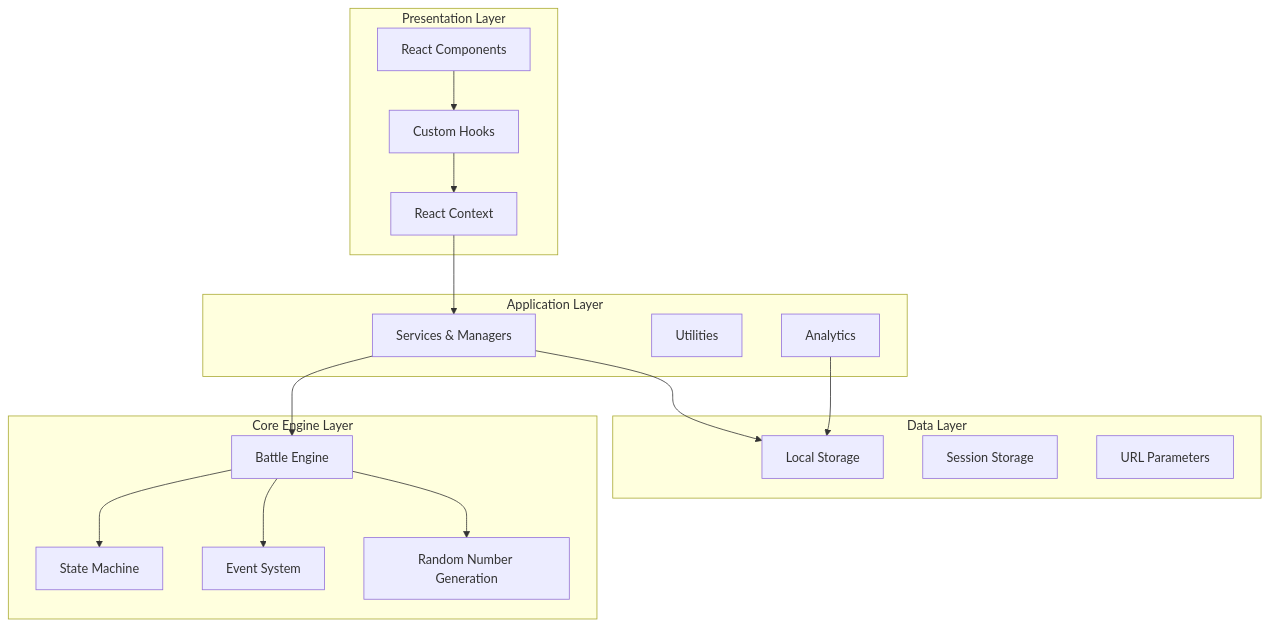
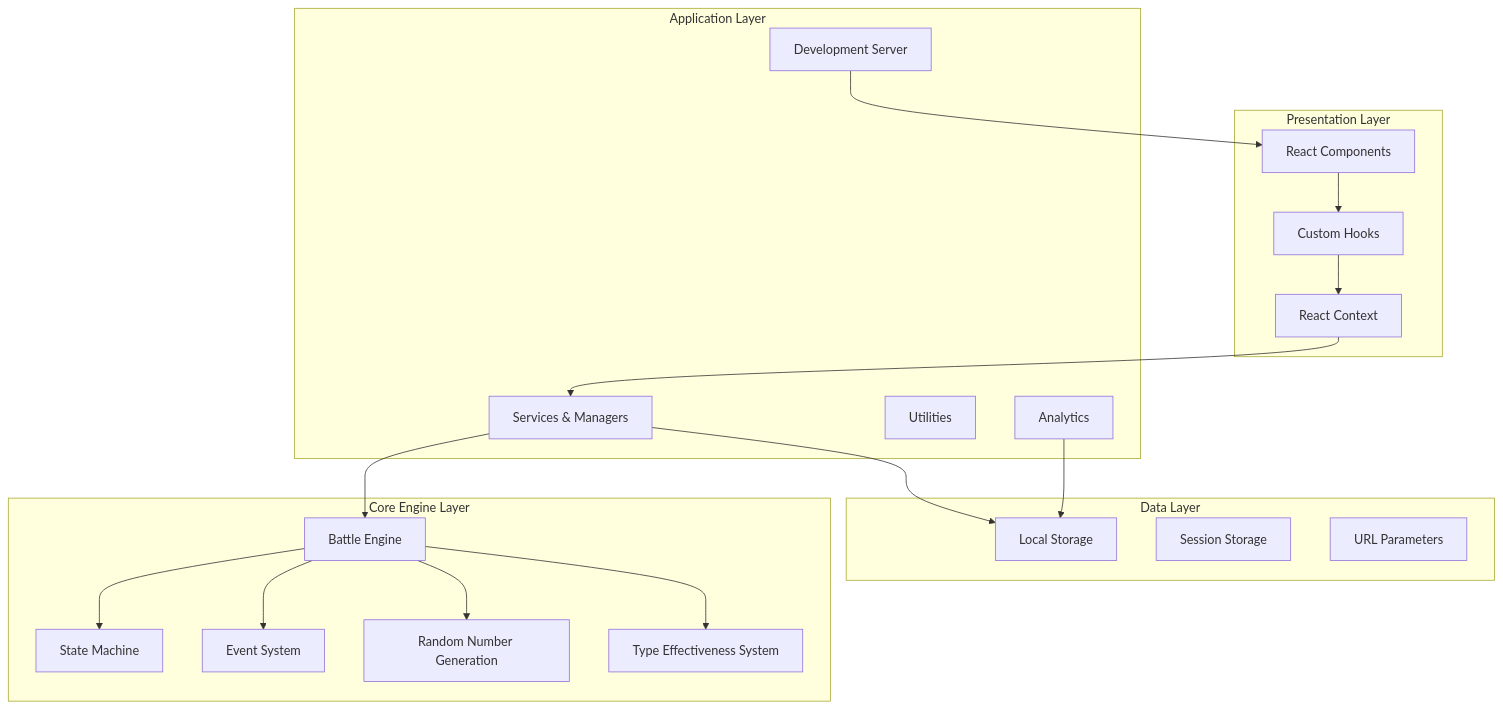
Before and after one commit to didier3529/crookmon-game: the third of 14 diagrams in TECHNICAL_ARCHITECTURE.md, drawn with Mermaid. The commit also changed other lines of this file, not shown here.

First line of the commit message:
docs: update TECHNICAL_ARCHITECTURE.md with latest changes

````diff
--- a/TECHNICAL_ARCHITECTURE.md
+++ b/TECHNICAL_ARCHITECTURE.md
@@ -41,37 +191,41 @@
 ```mermaid
 graph TB
     subgraph "Presentation Layer"
         UI[React Components]
         Hooks[Custom Hooks]
         Context[React Context]
     end
 
     subgraph "Application Layer"
         Services[Services & Managers]
         Utils[Utilities]
         Analytics[Analytics]
+        DevServer[Development Server]
     end
 
     subgraph "Core Engine Layer"
         Engine[Battle Engine]
         FSM[State Machine]
         Events[Event System]
         RNG[Random Number Generation]
+        Types[Type Effectiveness System]
     end
 
     subgraph "Data Layer"
         LocalStorage[Local Storage]
         SessionStorage[Session Storage]
         URLParams[URL Parameters]
     end
 
     UI --> Hooks
     Hooks --> Context
     Context --> Services
     Services --> Engine
     Engine --> FSM
     Engine --> Events
     Engine --> RNG
+    Engine --> Types
     Services --> LocalStorage
     Analytics --> LocalStorage
+    DevServer --> UI
 ```
````
